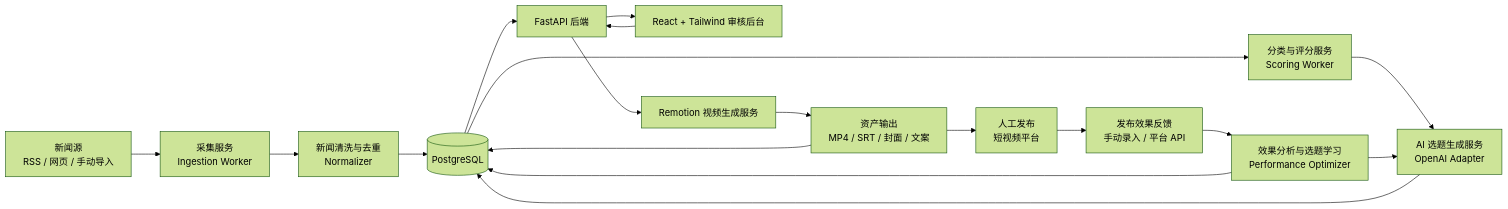
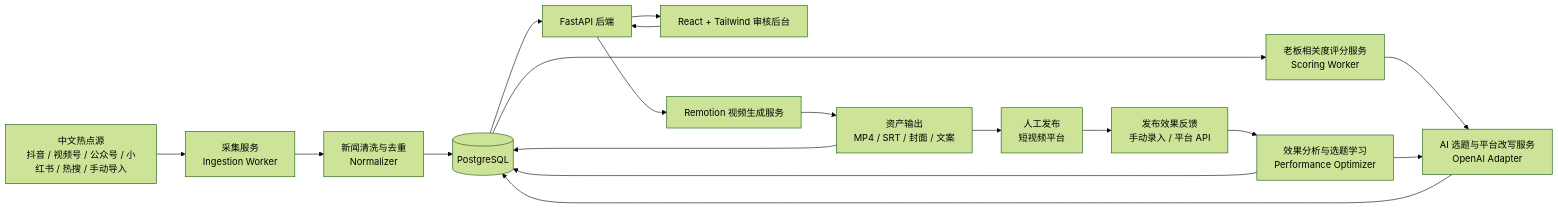
The first of 2 diagrams in docs/daily-ai-video-system-design.md (minzf581/EONVideo), drawn with Mermaid (forest theme) before and after one commit. The commit also changed other lines of this file and 20 other files, not shown here.

````diff
--- a/docs/daily-ai-video-system-design.md
+++ b/docs/daily-ai-video-system-design.md
@@ -25,20 +29,20 @@
 ```mermaid
 flowchart LR
-    A["新闻源<br/>RSS / 网页 / 手动导入"] --> B["采集服务<br/>Ingestion Worker"]
+    A["中文热点源<br/>抖音 / 视频号 / 公众号 / 小红书 / 热搜 / 手动导入"] --> B["采集服务<br/>Ingestion Worker"]
     B --> C["新闻清洗与去重<br/>Normalizer"]
     C --> D[("PostgreSQL")]
-    D --> E["分类与评分服务<br/>Scoring Worker"]
-    E --> F["AI 选题生成服务<br/>OpenAI Adapter"]
+    D --> E["老板相关度评分服务<br/>Scoring Worker"]
+    E --> F["AI 选题与平台改写服务<br/>OpenAI Adapter"]
     F --> D
     D --> G["FastAPI 后端"]
     G --> H["React + Tailwind 审核后台"]
     H --> G
     G --> I["Remotion 视频生成服务"]
     I --> J["资产输出<br/>MP4 / SRT / 封面 / 文案"]
     J --> D
     J --> K["人工发布<br/>短视频平台"]
     K --> L["发布效果反馈<br/>手动录入 / 平台 API"]
     L --> M["效果分析与选题学习<br/>Performance Optimizer"]
     M --> D
     M --> F
 ```
````
